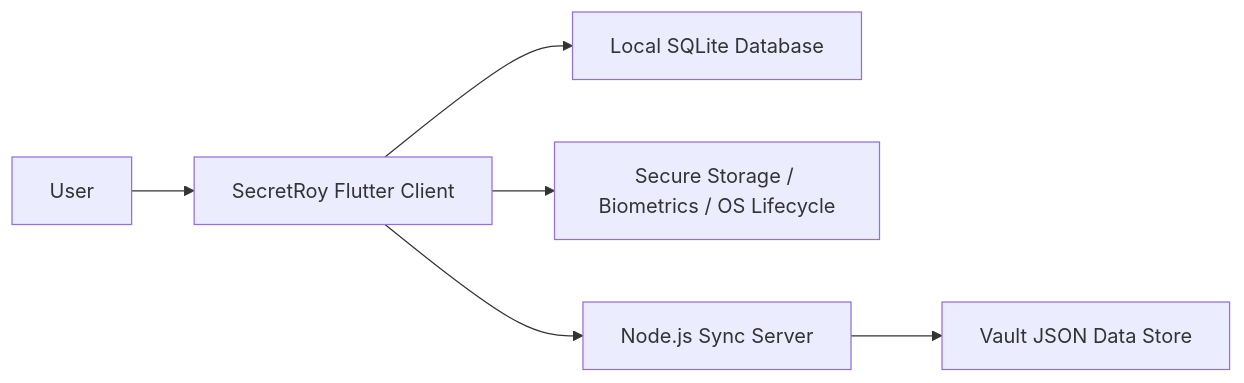
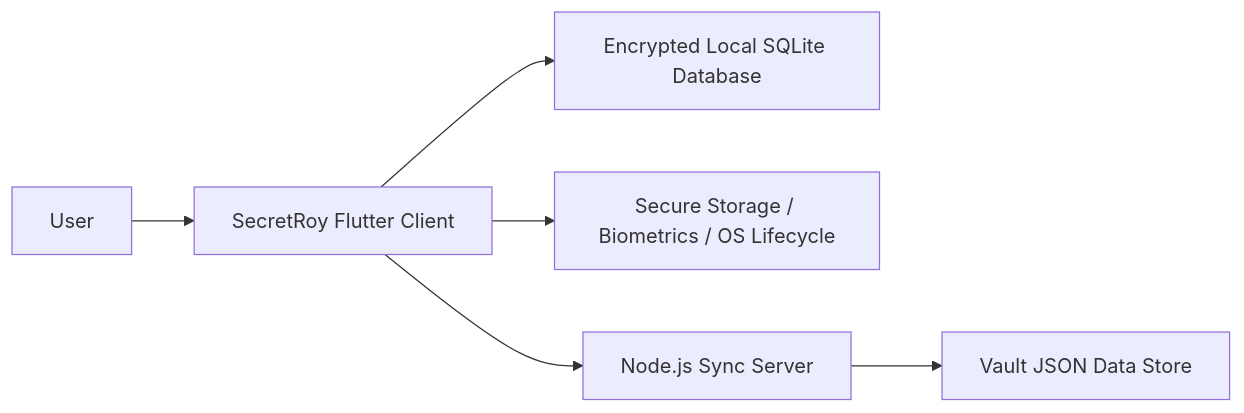
One commit to aierchoom/roy_client changed the first of 2 diagrams in docs/01_System_Architecture.md. Above: the diagram before and after it, drawn with Mermaid. The commit also changed other lines of this file and 30 other files, not shown here.

First line of the commit message:
feat: encrypt local database at rest

````diff
--- a/docs/01_System_Architecture.md
+++ b/docs/01_System_Architecture.md
@@ -23,8 +23,8 @@
 ```mermaid
 flowchart LR
     U["User"] --> C["SecretRoy Flutter Client"]
-    C --> L["Local SQLite Database"]
+    C --> L["Encrypted Local SQLite Database"]
     C --> S["Secure Storage / Biometrics / OS Lifecycle"]
     C --> H["Node.js Sync Server"]
     H --> D["Vault JSON Data Store"]
 ```
````
